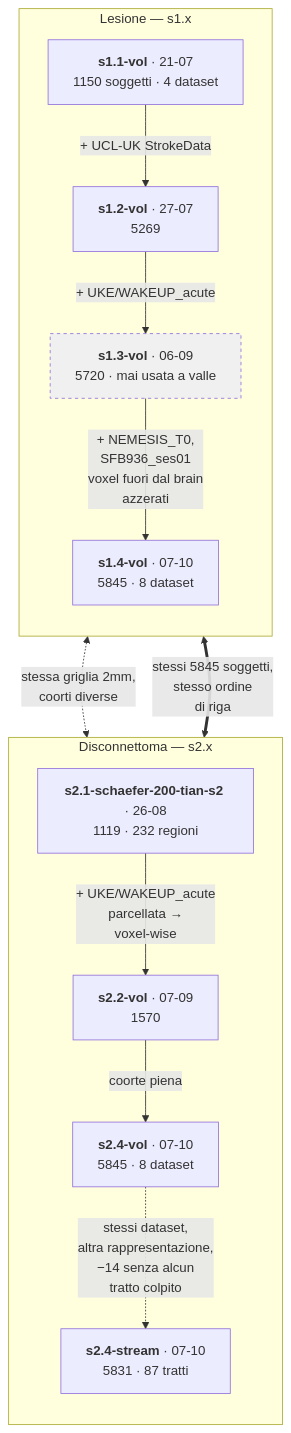
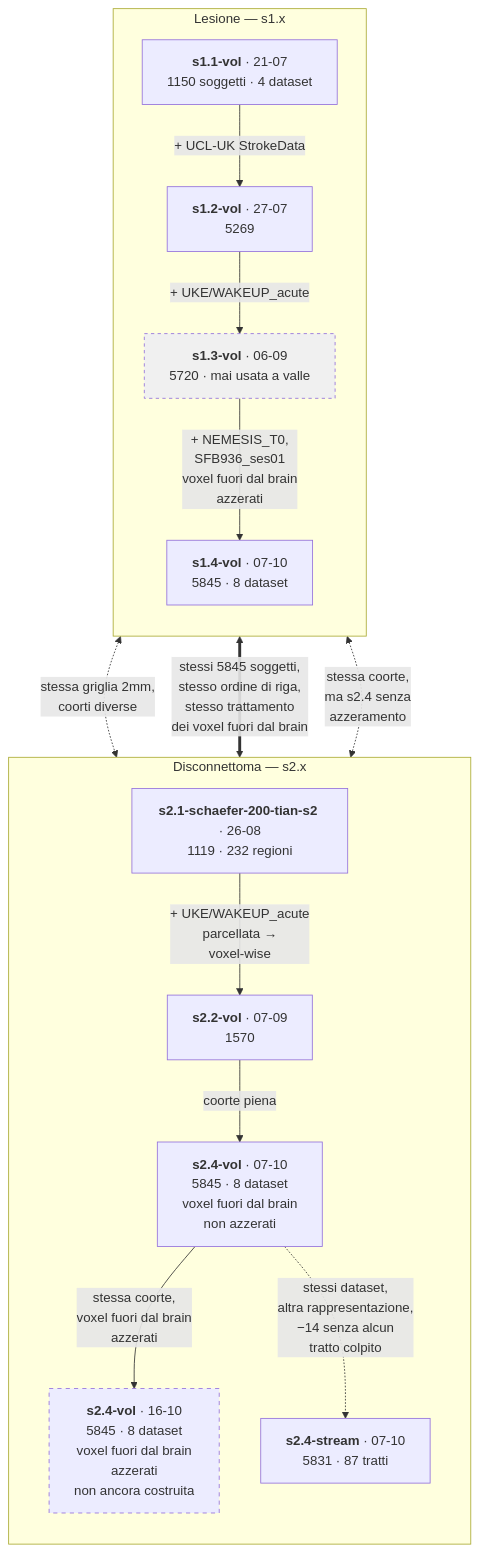
The diagram in docs/experiments/lineage.md (EmmaTosato/NEMESIS_fs), drawn with Mermaid before and after one commit. The commit also changed other lines of this file and 15 other files, not shown here.

First line of the commit message:
Order lesion matrix rows by dataset name like the SDC builders; document the corrected s2.4-vol

````diff
--- a/docs/experiments/lineage.md
+++ b/docs/experiments/lineage.md
@@ -5,29 +5,33 @@
 ```mermaid
 flowchart TB
     classDef unused fill:#f0f0f0,stroke-dasharray: 4 4
+    classDef pending stroke-dasharray: 5 5
 
     subgraph LES["Lesione — s1.x"]
         direction TB
         L11["<b>s1.1-vol</b> · 21-07<br/>1150 soggetti · 4 dataset"]
         L12["<b>s1.2-vol</b> · 27-07<br/>5269"]
         L13["<b>s1.3-vol</b> · 06-09<br/>5720 · mai usata a valle"]:::unused
         L14["<b>s1.4-vol</b> · 07-10<br/>5845 · 8 dataset"]
         L11 -->|"+ UCL-UK StrokeData"| L12
         L12 -->|"+ UKE/WAKEUP_acute"| L13
         L13 -->|"+ NEMESIS_T0,<br/>SFB936_ses01<br/>voxel fuori dal brain<br/>azzerati"| L14
     end
 
     subgraph SDC["Disconnettoma — s2.x"]
         direction TB
         S21["<b>s2.1-schaefer-200-tian-s2</b> · 26-08<br/>1119 · 232 regioni"]
         S22["<b>s2.2-vol</b> · 07-09<br/>1570"]
-        S24["<b>s2.4-vol</b> · 07-10<br/>5845 · 8 dataset"]
+        S24["<b>s2.4-vol</b> · 07-10<br/>5845 · 8 dataset<br/>voxel fuori dal brain<br/>non azzerati"]
+        S24N["<b>s2.4-vol</b> · 16-10<br/>5845 · 8 dataset<br/>voxel fuori dal brain<br/>azzerati<br/>non ancora costruita"]:::pending
         S24S["<b>s2.4-stream</b> · 07-10<br/>5831 · 87 tratti"]
         S21 -->|"+ UKE/WAKEUP_acute<br/>parcellata →<br/>voxel-wise"| S22
         S22 -->|"coorte piena"| S24
+        S24 -->|"stessa coorte,<br/>voxel fuori dal brain<br/>azzerati"| S24N
         S24 -.->|"stessi dataset,<br/>altra rappresentazione,<br/>−14 senza alcun<br/>tratto colpito"| S24S
     end
 
     L13 <-.->|"stessa griglia 2mm,<br/>coorti diverse"| S22
-    L14 <==>|"stessi 5845 soggetti,<br/>stesso ordine<br/>di riga"| S24
+    L14 <==>|"stessi 5845 soggetti,<br/>stesso ordine di riga,<br/>stesso trattamento<br/>dei voxel fuori dal brain"| S24N
+    L14 <-.->|"stessa coorte,<br/>ma s2.4 senza<br/>azzeramento"| S24
 ```
````
